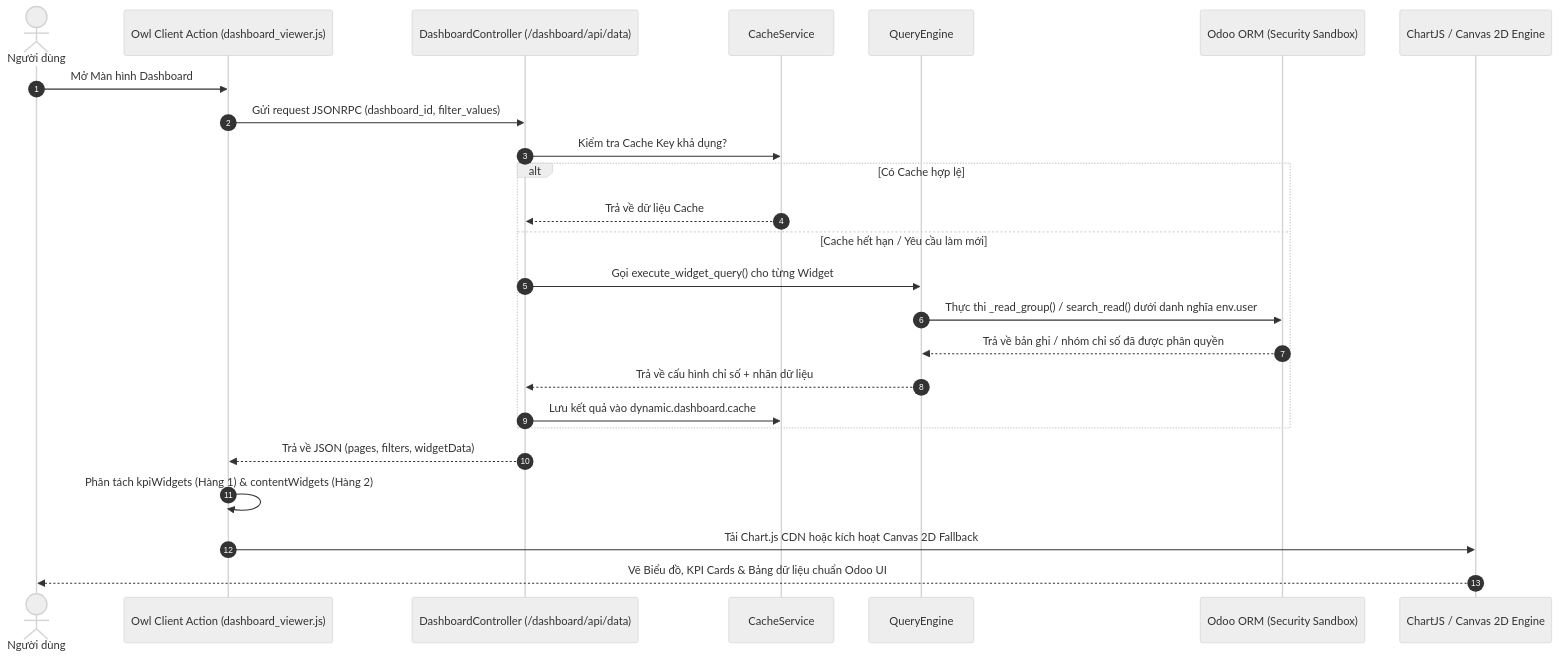
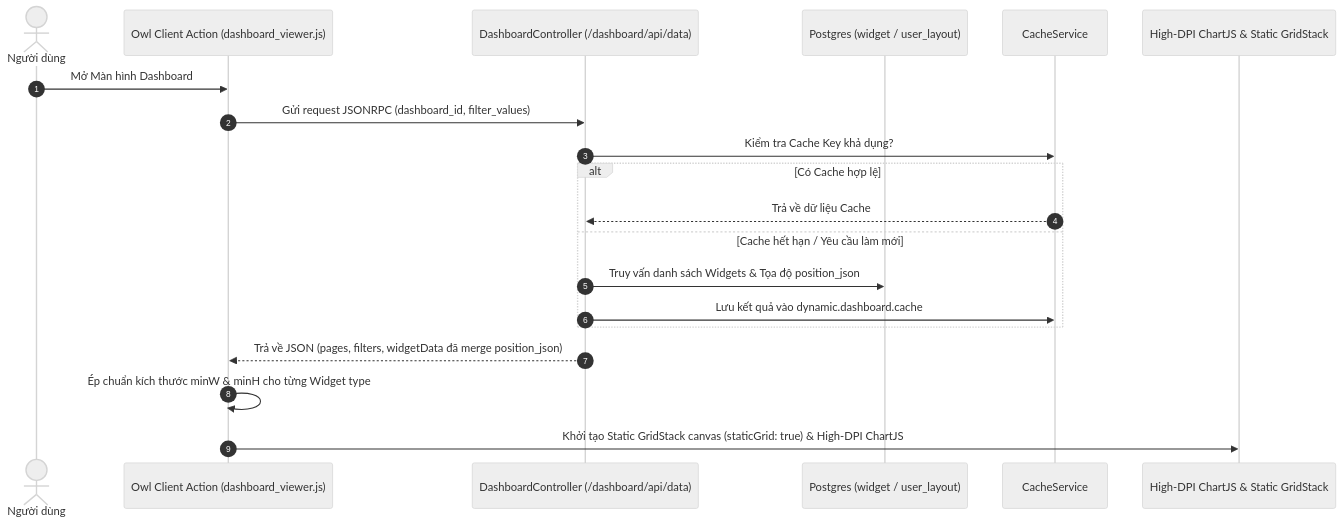
Before and after one commit to chauanphu/aidt-odoo: the first of 2 diagrams in addons/aidt_dashboard_builder/README.md, drawn with Mermaid (neutral theme). The commit also changed other lines of this file and 20 other files, not shown here.

Commit message:
feat: implement dynamic dashboard builder module with support for multiple widget types and data visualization

````diff
--- a/addons/aidt_dashboard_builder/README.md
+++ b/addons/aidt_dashboard_builder/README.md
@@ -96,28 +115,23 @@
 ```mermaid
 sequenceDiagram
     autonumber
     actor User as Người dùng
     participant Owl as Owl Client Action (dashboard_viewer.js)
     participant Ctrl as DashboardController (/dashboard/api/data)
+    participant DB as Postgres (widget / user_layout)
     participant Cache as CacheService
-    participant Engine as QueryEngine
-    participant ORM as Odoo ORM (Security Sandbox)
-    participant Chart as ChartJS / Canvas 2D Engine
+    participant Chart as High-DPI ChartJS & Static GridStack
 
     User->>Owl: Mở Màn hình Dashboard
     Owl->>Ctrl: Gửi request JSONRPC (dashboard_id, filter_values)
     Ctrl->>Cache: Kiểm tra Cache Key khả dụng?
     alt Có Cache hợp lệ
         Cache-->>Ctrl: Trả về dữ liệu Cache
     else Cache hết hạn / Yêu cầu làm mới
-        Ctrl->>Engine: Gọi execute_widget_query() cho từng Widget
-        Engine->>ORM: Thực thi _read_group() / search_read() dưới danh nghĩa env.user
-        ORM-->>Engine: Trả về bản ghi / nhóm chỉ số đã được phân quyền
-        Engine-->>Ctrl: Trả về cấu hình chỉ số + nhãn dữ liệu
+        Ctrl->>DB: Truy vấn danh sách Widgets & Tọa độ position_json
         Ctrl->>Cache: Lưu kết quả vào dynamic.dashboard.cache
     end
-    Ctrl-->>Owl: Trả về JSON (pages, filters, widgetData)
-    Owl->>Owl: Phân tách kpiWidgets (Hàng 1) & contentWidgets (Hàng 2)
-    Owl->>Chart: Tải Chart.js CDN hoặc kích hoạt Canvas 2D Fallback
-    Chart-->>User: Vẽ Biểu đồ, KPI Cards & Bảng dữ liệu chuẩn Odoo UI
+    Ctrl-->>Owl: Trả về JSON (pages, filters, widgetData đã merge position_json)
+    Owl->>Owl: Ép chuẩn kích thước minW & minH cho từng Widget type
+    Owl->>Chart: Khởi tạo Static GridStack canvas (staticGrid: true) & High-DPI ChartJS
 ```
````
